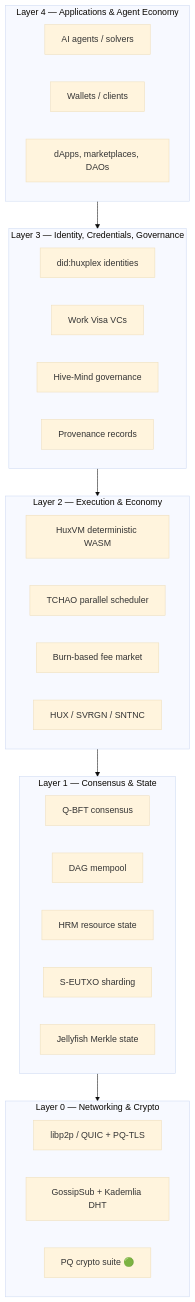
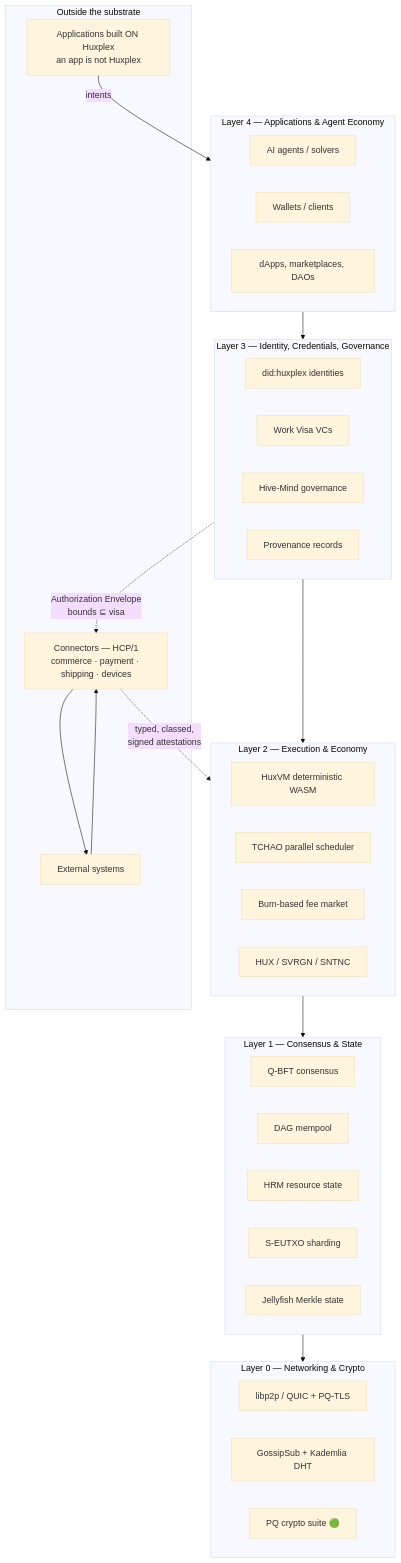
Before and after one commit to ArunBabu98/huxplex: the first of 2 diagrams in docs/02-architecture/system-overview.md, drawn with Mermaid (base theme). The commit also changed other lines of this file and 18 other files, not shown here.

````diff
--- a/docs/02-architecture/system-overview.md
+++ b/docs/02-architecture/system-overview.md
@@ -13,34 +13,46 @@
 ```mermaid
 graph TD
     subgraph L4["Layer 4 — Applications & Agent Economy"]
         AGENT[AI agents / solvers]
         WALLET[Wallets / clients]
         DAPP[dApps, marketplaces, DAOs]
     end
     subgraph L3["Layer 3 — Identity, Credentials, Governance"]
         DID[did:huxplex identities]
         VISA[Work Visa VCs]
         GOV[Hive-Mind governance]
         PROV[Provenance records]
     end
     subgraph L2["Layer 2 — Execution & Economy"]
         VM[HuxVM deterministic WASM]
         TCHAO[TCHAO parallel scheduler]
         FEES[Burn-based fee market]
         TOK[HUX / SVRGN / SNTNC]
     end
     subgraph L1["Layer 1 — Consensus & State"]
         QBFT[Q-BFT consensus]
         DAGMP[DAG mempool]
         HRM[HRM resource state]
         SEUTXO[S-EUTXO sharding]
         JMT[Jellyfish Merkle state]
     end
     subgraph L0["Layer 0 — Networking & Crypto"]
         P2P[libp2p / QUIC + PQ-TLS]
         GOSSIP[GossipSub + Kademlia DHT]
         CRYPTO[PQ crypto suite 🟢]
     end
 
     L4 --> L3 --> L2 --> L1 --> L0
+
+    subgraph EXT["Outside the substrate"]
+        APPS[Applications built ON Huxplex<br/>an app is not Huxplex]
+        CONN[Connectors — HCP/1<br/>commerce · payment · shipping · devices]
+        WORLD[External systems]
+    end
+
+    APPS -->|intents| L4
+    L3 -.->|Authorization Envelope<br/>bounds ⊆ visa| CONN
+    CONN --> WORLD
+    WORLD --> CONN
+    CONN -.->|typed, classed,<br/>signed attestations| L2
 ```
````
